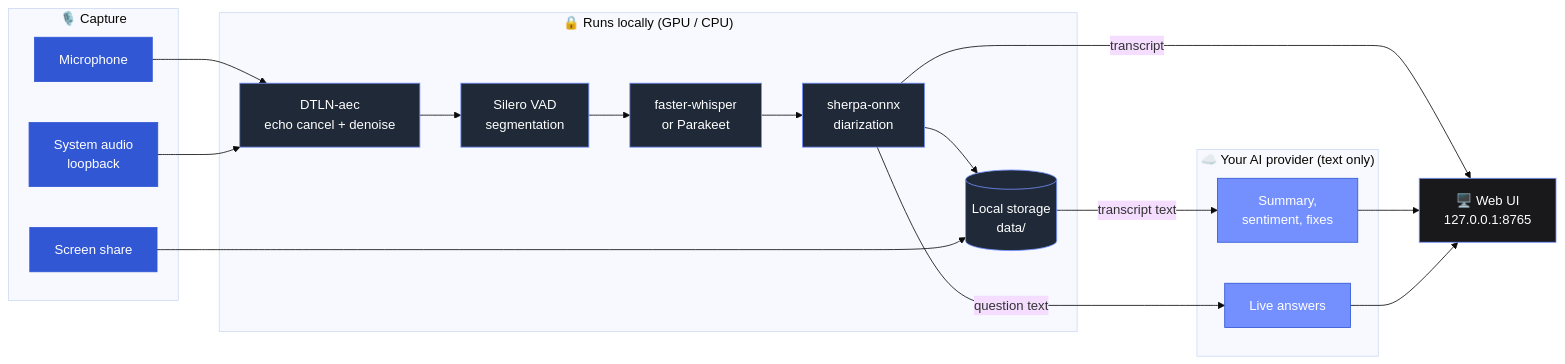
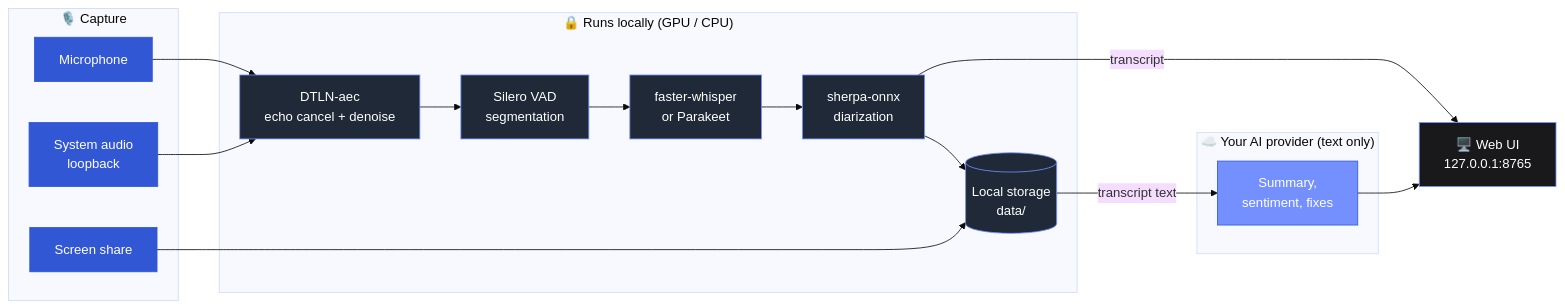
Before and after one commit to muradiodev/murmur-notetaker-copilot: the diagram in README.md, drawn with Mermaid (base theme). The commit also changed other lines of this file, not shown here.

````diff
--- a/README.md
+++ b/README.md
@@ -115,40 +90,38 @@
 ```mermaid
 flowchart LR
     subgraph IN["🎙️ Capture"]
         MIC[Microphone]
         SYS[System audio<br/>loopback]
         SCR[Screen share]
     end
 
     subgraph LOCAL["🔒 Runs locally (GPU / CPU)"]
         AEC[DTLN‑aec<br/>echo cancel + denoise]
         VAD[Silero VAD<br/>segmentation]
         ASR[faster‑whisper<br/>or Parakeet]
         DIA[sherpa‑onnx<br/>diarization]
         STORE[(Local storage<br/>data/)]
     end
 
     subgraph AI["☁️ Your AI provider (text only)"]
         SUM[Summary,<br/>sentiment, fixes]
-        COP[Live answers]
     end
 
     UI[🖥️ Web UI<br/>127.0.0.1:8765]
 
     MIC --> AEC
     SYS --> AEC
     AEC --> VAD --> ASR --> DIA --> STORE
     SCR --> STORE
     DIA -- transcript --> UI
     STORE -- transcript text --> SUM --> UI
-    DIA -- question text --> COP --> UI
 
     classDef capture fill:#3157d5,stroke:#3157d5,color:#fff
     classDef local fill:#1f2937,stroke:#7490ff,color:#fff
     classDef cloud fill:#7490ff,stroke:#3157d5,color:#fff
     classDef ui fill:#19191c,stroke:#7490ff,color:#fff
     class MIC,SYS,SCR capture
     class AEC,VAD,ASR,DIA,STORE local
-    class SUM,COP cloud
+    class SUM cloud
     class UI ui
 ```
````
